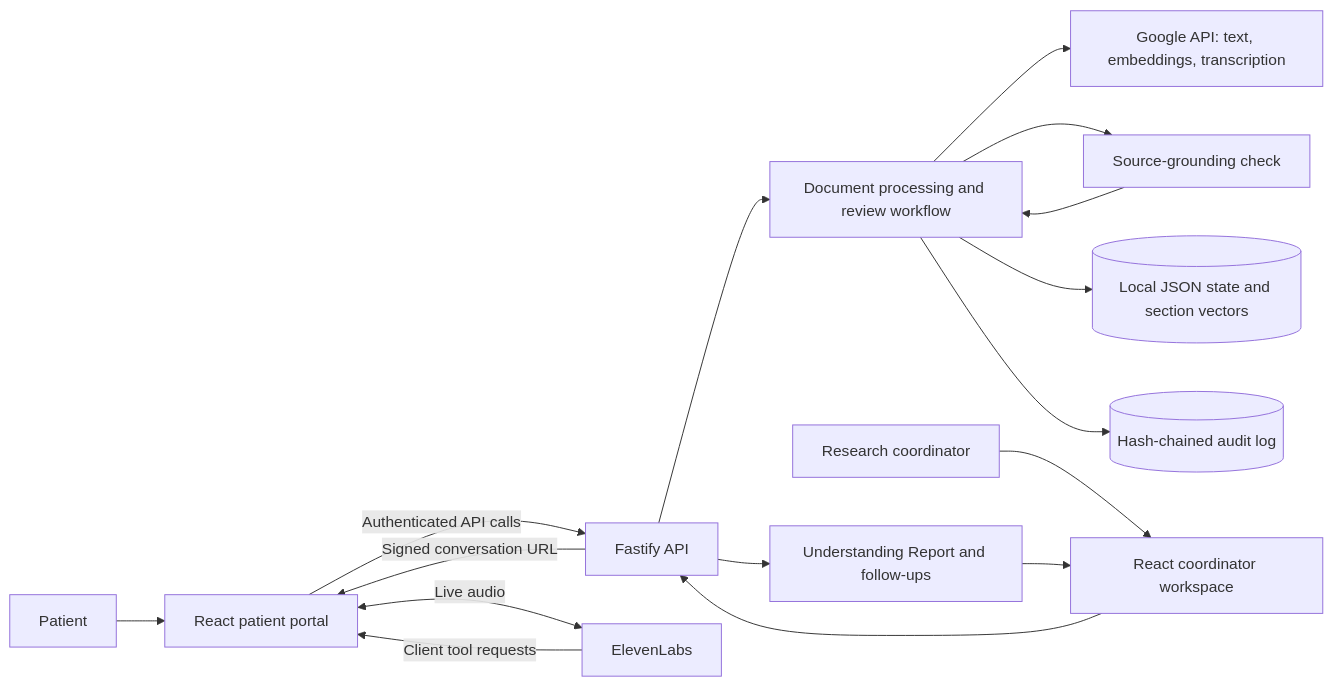
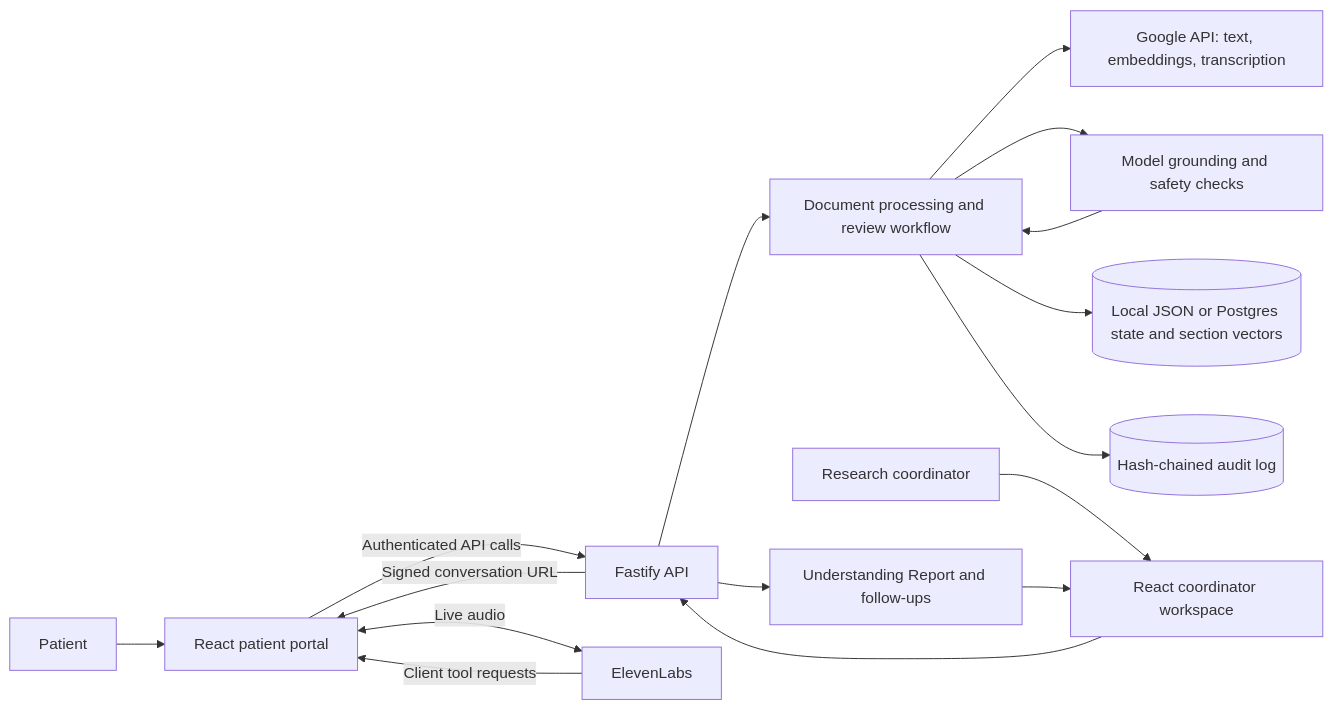
One commit to jaideep1021/soundconsent changed the diagram in README.md. Above: the diagram before and after it, drawn with Mermaid. The commit also changed other lines of this file and 4 other files, not shown here.

````diff
--- a/README.md
+++ b/README.md
@@ -144,18 +144,18 @@
 ```mermaid
 flowchart LR
     Patient[Patient] --> UI[React patient portal]
     Coordinator[Research coordinator] --> Dashboard[React coordinator workspace]
     UI -->|Authenticated API calls| API[Fastify API]
     Dashboard --> API
     API --> Workflow[Document processing and review workflow]
     Workflow --> AI[Google API: text, embeddings, transcription]
-    Workflow --> Grounding[Source-grounding check]
+    Workflow --> Grounding[Model grounding and safety checks]
     Grounding --> Workflow
-    Workflow --> Store[(Local JSON state and section vectors)]
+    Workflow --> Store[(Local JSON or Postgres state and section vectors)]
     Workflow --> Audit[(Hash-chained audit log)]
     API -->|Signed conversation URL| UI
     UI <-->|Live audio| Voice[ElevenLabs]
     Voice -->|Client tool requests| UI
     API --> Report[Understanding Report and follow-ups]
     Report --> Dashboard
 ```
````
